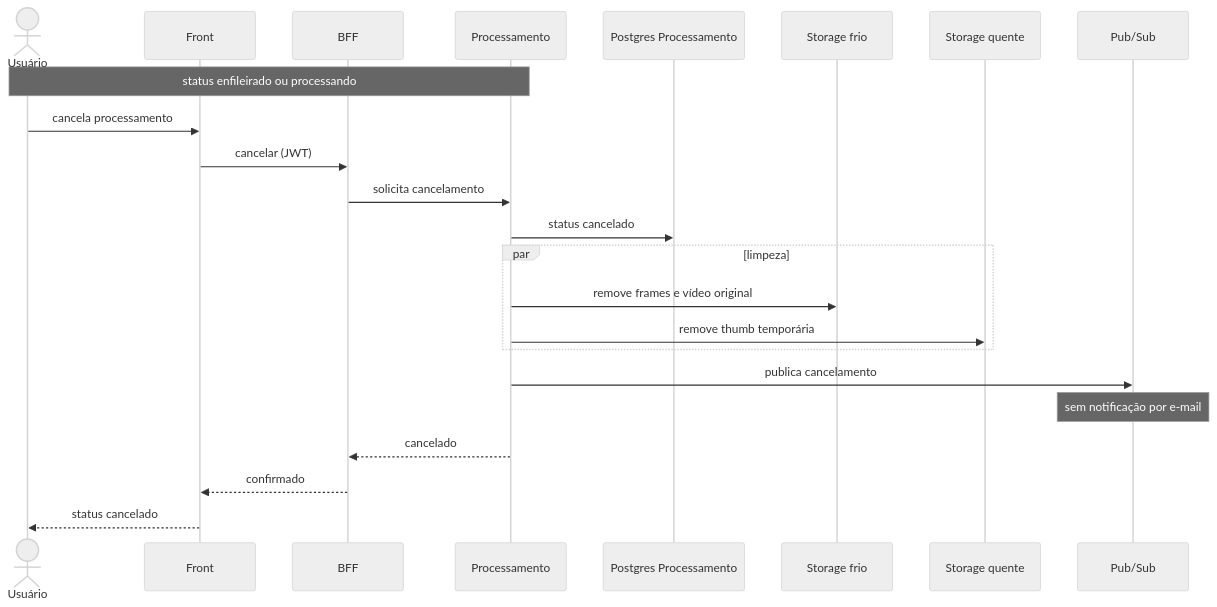
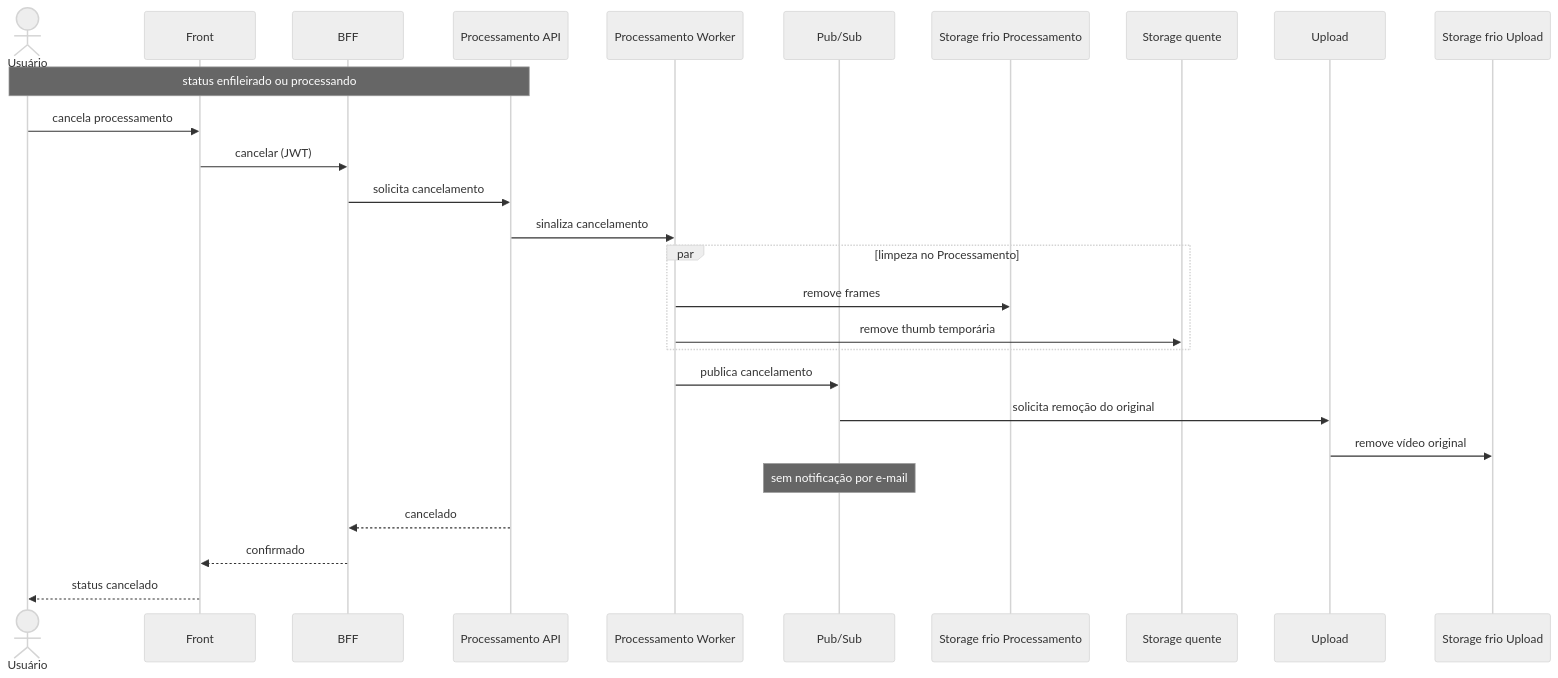
The diagram in fluxo-e-estados/06_cancelamento.md (fiap-x-vcosta/docs), drawn with Mermaid (neutral theme) before and after one commit. The commit also changed 5 other files, not shown here.

First line of the commit message:
docs: RNFs de posse de storage, URL de leitura e API/Worker

````diff
--- a/fluxo-e-estados/06_cancelamento.md
+++ b/fluxo-e-estados/06_cancelamento.md
@@ -1,26 +1,30 @@
 ```mermaid
 sequenceDiagram
   actor U as Usuário
   participant Web as Front
   participant BFF as BFF
-  participant Proc as Processamento
-  participant PGP as Postgres Processamento
-  participant Frio as Storage frio
+  participant Api as Processamento API
+  participant Worker as Processamento Worker
+  participant Bus as Pub/Sub
+  participant FrioProc as Storage frio Processamento
   participant Quente as Storage quente
-  participant Bus as Pub/Sub
+  participant Up as Upload
+  participant FrioUp as Storage frio Upload
 
-  Note over U,Proc: status enfileirado ou processando
+  Note over U,Api: status enfileirado ou processando
   U->>Web: cancela processamento
   Web->>BFF: cancelar (JWT)
-  BFF->>Proc: solicita cancelamento
-  Proc->>PGP: status cancelado
-  par limpeza
-    Proc->>Frio: remove frames e vídeo original
-    Proc->>Quente: remove thumb temporária
+  BFF->>Api: solicita cancelamento
+  Api->>Worker: sinaliza cancelamento
+  par limpeza no Processamento
+    Worker->>FrioProc: remove frames
+    Worker->>Quente: remove thumb temporária
   end
-  Proc->>Bus: publica cancelamento
+  Worker->>Bus: publica cancelamento
+  Bus->>Up: solicita remoção do original
+  Up->>FrioUp: remove vídeo original
   Note over Bus: sem notificação por e-mail
-  Proc-->>BFF: cancelado
+  Api-->>BFF: cancelado
   BFF-->>Web: confirmado
   Web-->>U: status cancelado
 ```
````
